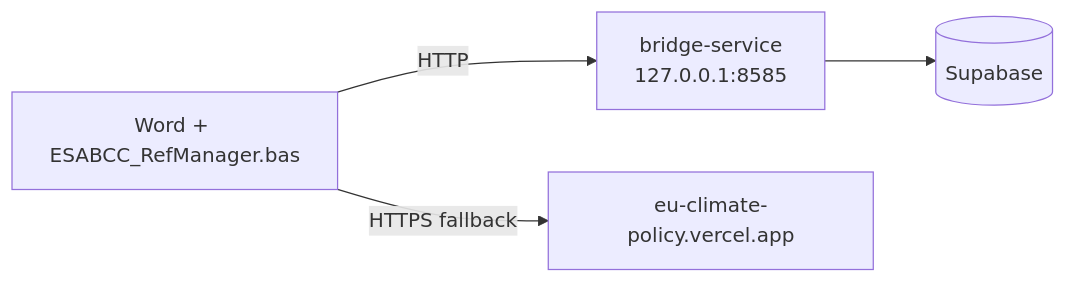
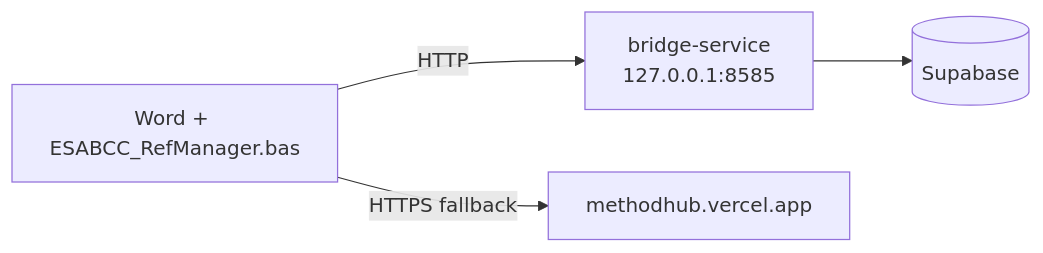
One commit to EUClimateAdvisoryBoard/ESABCCMethodHub changed the diagram in word-vba/README.md. Above: the diagram before and after it, drawn with Mermaid. The commit also changed other lines of this file and 16 other files, not shown here.

First line of the commit message:
chore: update Vercel URL from eu-climate-policy to methodhub

````diff
--- a/word-vba/README.md
+++ b/word-vba/README.md
@@ -8,6 +8,6 @@
 ```mermaid
 flowchart LR
   WV[Word + ESABCC_RefManager.bas] -- HTTP --> B[bridge-service<br/>127.0.0.1:8585]
-  WV -- HTTPS fallback --> API[eu-climate-policy.vercel.app]
+  WV -- HTTPS fallback --> API[methodhub.vercel.app]
   B --> S[(Supabase)]
 ```
````
